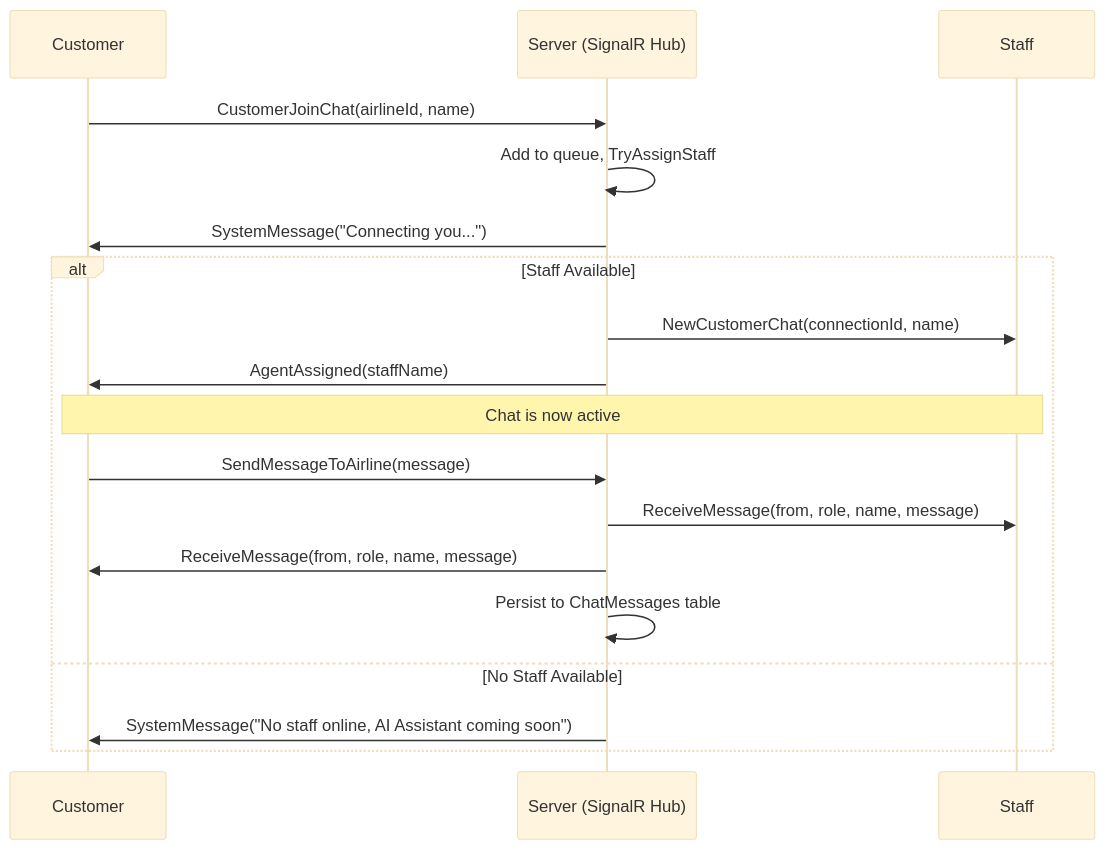
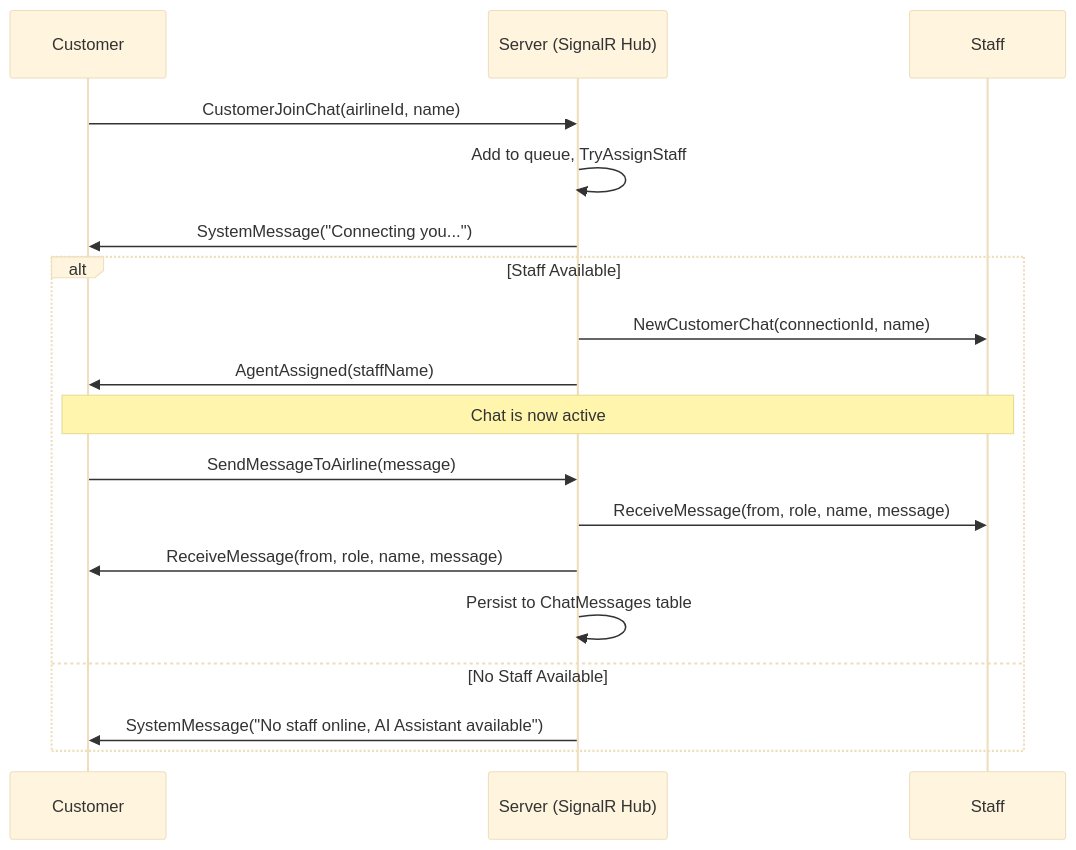
Before and after one commit to NgDuong1624/AirlineTicket.Backend: the diagram in docs/modules/support-chat.md, drawn with Mermaid (base theme). The commit also changed other lines of this file and 9 other files, not shown here.

````diff
--- a/docs/modules/support-chat.md
+++ b/docs/modules/support-chat.md
@@ -28,22 +28,22 @@
 ```mermaid
 sequenceDiagram
     participant C as Customer
     participant S as Server (SignalR Hub)
     participant ST as Staff
 
     C->>S: CustomerJoinChat(airlineId, name)
     S->>S: Add to queue, TryAssignStaff
     S->>C: SystemMessage("Connecting you...")
     
     alt Staff Available
         S->>ST: NewCustomerChat(connectionId, name)
         S->>C: AgentAssigned(staffName)
         Note over C,ST: Chat is now active
         C->>S: SendMessageToAirline(message)
         S->>ST: ReceiveMessage(from, role, name, message)
         S->>C: ReceiveMessage(from, role, name, message)
         S->>S: Persist to ChatMessages table
     else No Staff Available
-        S->>C: SystemMessage("No staff online, AI Assistant coming soon")
+        S->>C: SystemMessage("No staff online, AI Assistant available")
     end
 ```
````
